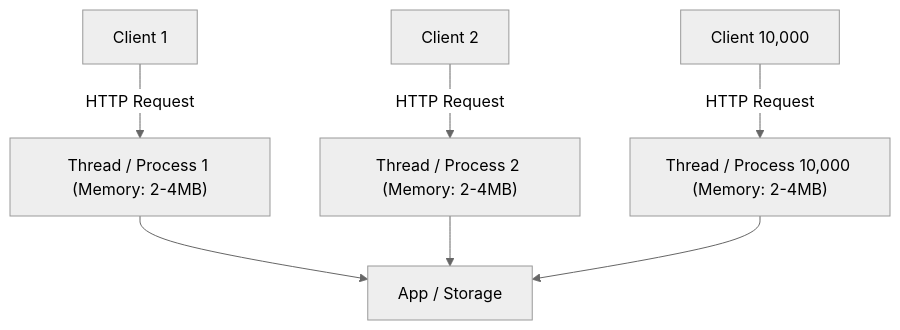
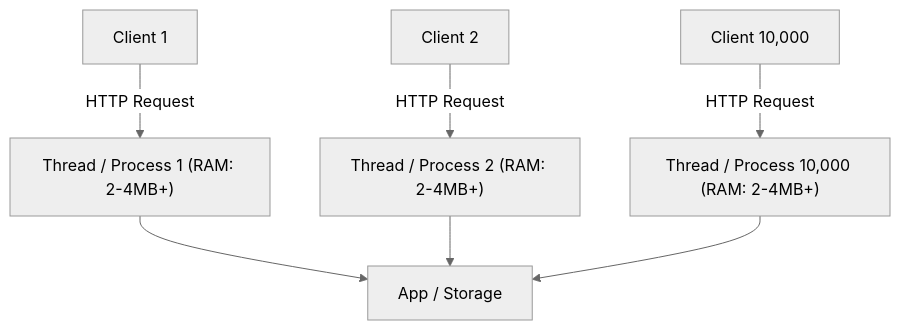
Before and after one commit to MaiTheHao/docs: the second of 3 diagrams in nginx/01_nginx_introduction.md, drawn with Mermaid (neutral theme). The commit also changed other lines of this file and 18 other files, not shown here.

````diff
--- a/nginx/01_nginx_introduction.md
+++ b/nginx/01_nginx_introduction.md
@@ -61,10 +69,13 @@
 ```mermaid
 graph TD
-    Client1["Client 1"] -->|HTTP Request| Thread1["Thread / Process 1 (Memory: 2-4MB)"]
-    Client2["Client 2"] -->|HTTP Request| Thread2["Thread / Process 2 (Memory: 2-4MB)"]
-    ClientN["Client 10,000"] -->|HTTP Request| ThreadN["Thread / Process 10,000 (Memory: 2-4MB)"]
-    
+    accTitle: "Mô hình Đa luồng Truyền thống"
+    accDescr: "Sơ đồ kiến trúc Web Server truyền thống phân bổ luồng/tiến trình riêng biệt cho từng kết nối."
+
+    Client1["Client 1"] -->|"HTTP Request"| Thread1["Thread / Process 1 (RAM: 2-4MB+)"]
+    Client2["Client 2"] -->|"HTTP Request"| Thread2["Thread / Process 2 (RAM: 2-4MB+)"]
+    ClientN["Client 10,000"] -->|"HTTP Request"| ThreadN["Thread / Process 10,000 (RAM: 2-4MB+)"]
+
     Thread1 --> Backend["App / Storage"]
     Thread2 --> Backend
     ThreadN --> Backend
 ```
````
